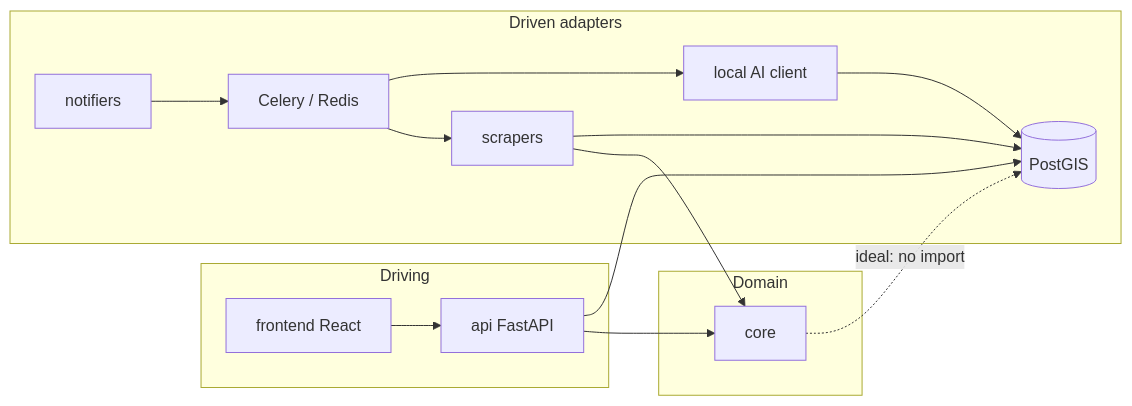
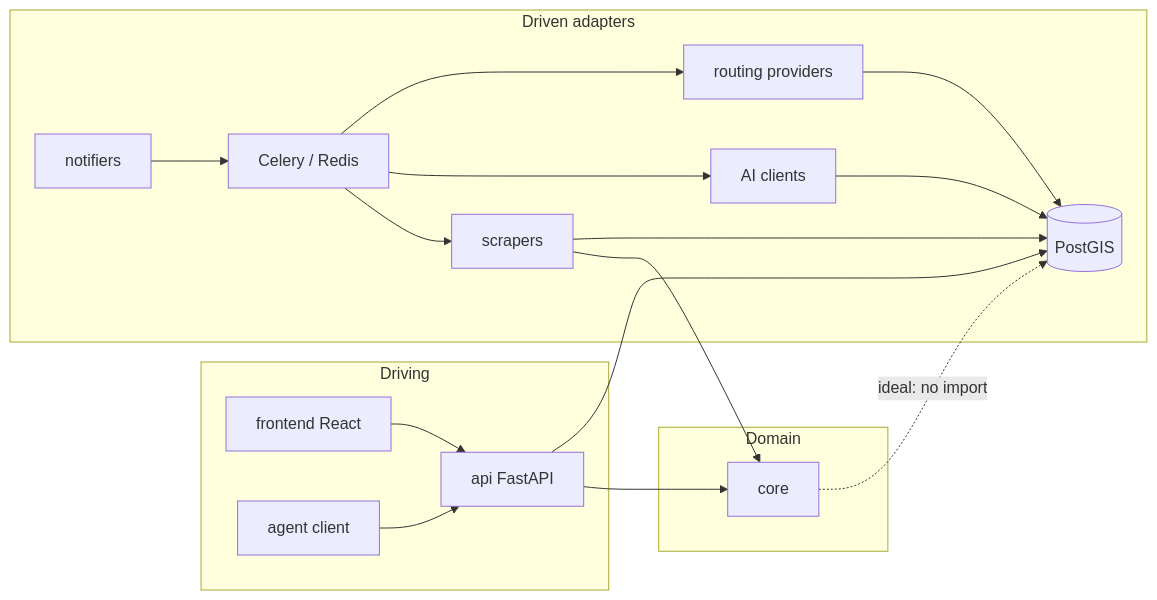
The first of 4 diagrams in _bmad-output/planning-artifacts/architecture/architecture-imoveis-2026-07-23/ARCHITECTURE-SPINE.md (felipelrib/imoveis), drawn with Mermaid before and after one commit. The commit also changed other lines of this file and 2 other files, not shown here.

First line of the commit message:
docs(architecture): update spine for v0.14 decision engine (AD-14..19)

````diff
--- a/_bmad-output/planning-artifacts/architecture/architecture-imoveis-2026-07-23/ARCHITECTURE-SPINE.md
+++ b/_bmad-output/planning-artifacts/architecture/architecture-imoveis-2026-07-23/ARCHITECTURE-SPINE.md
@@ -37,27 +40,32 @@
 ```mermaid
 flowchart LR
   subgraph driving [Driving]
     API[api FastAPI]
     UI[frontend React]
+    AGENT[agent client]
   end
   subgraph domain [Domain]
     CORE[core]
   end
   subgraph driven [Driven adapters]
     SCR[scrapers]
     DB[(PostGIS)]
     Q[Celery / Redis]
-    AI[local AI client]
+    AI[AI clients]
+    GEO[routing providers]
     N[notifiers]
   end
   UI --> API
+  AGENT --> API
   API --> CORE
   API --> DB
   SCR --> CORE
   SCR --> DB
   Q --> SCR
   Q --> AI
+  Q --> GEO
   CORE -.->|ideal: no import| DB
   AI --> DB
+  GEO --> DB
   N --> Q
 ```
````
